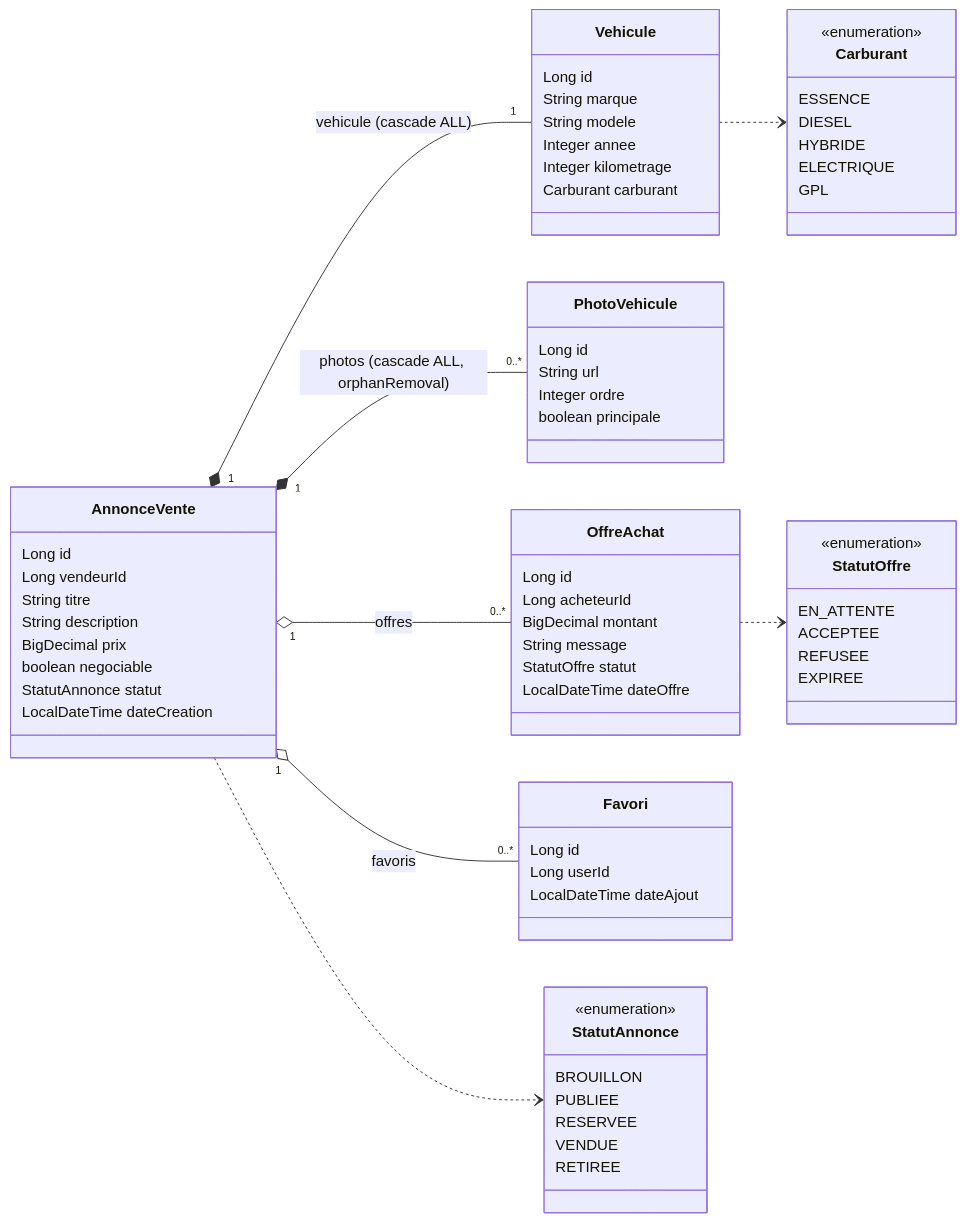
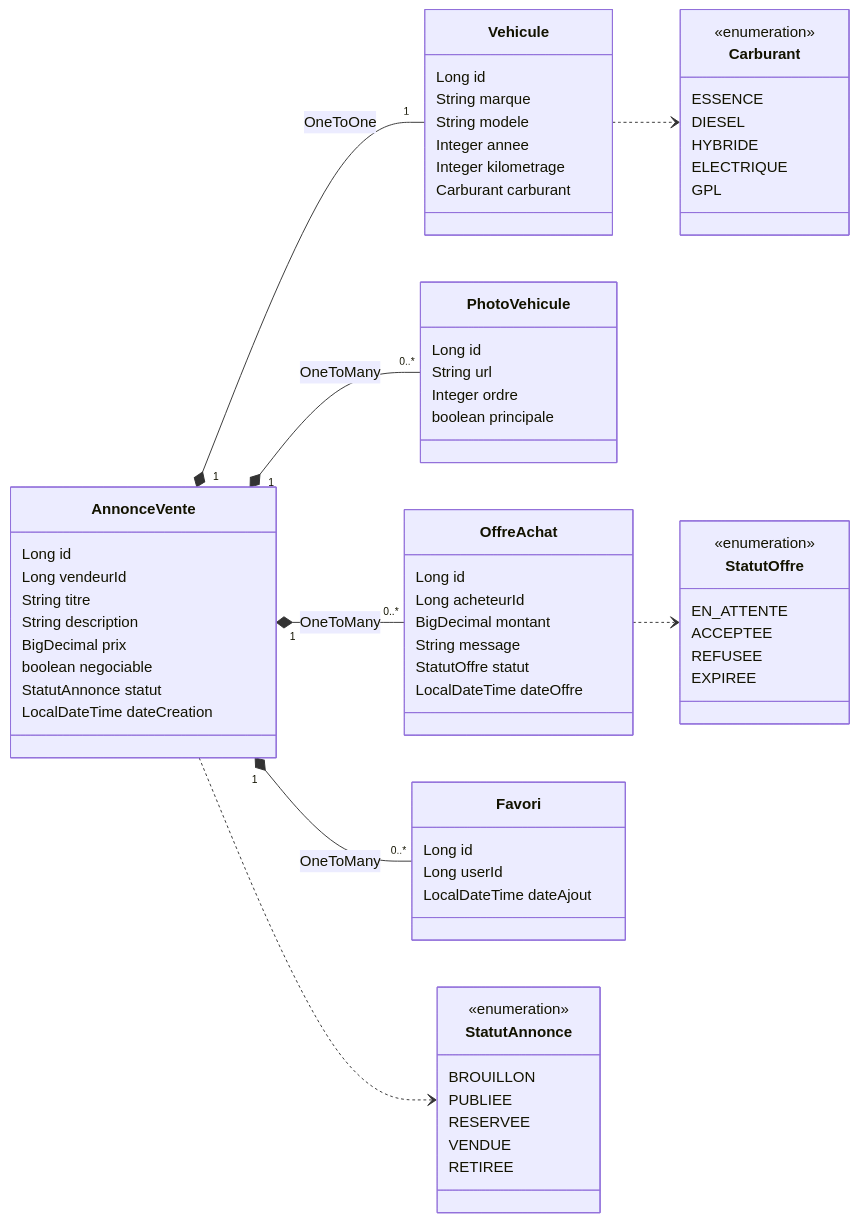
Before and after one commit to JawherBenjeddou/awd-microservices-project: the diagram in Backend/vehicle-sales-service/README.md, drawn with Mermaid. The commit also changed other lines of this file and 35 other files, not shown here.

````diff
--- a/Backend/vehicle-sales-service/README.md
+++ b/Backend/vehicle-sales-service/README.md
@@ -22,71 +29,71 @@
 ```mermaid
 classDiagram
     direction LR
     class AnnonceVente {
         Long id
         Long vendeurId
         String titre
         String description
         BigDecimal prix
         boolean negociable
         StatutAnnonce statut
         LocalDateTime dateCreation
     }
     class Vehicule {
         Long id
         String marque
         String modele
         Integer annee
         Integer kilometrage
         Carburant carburant
     }
     class PhotoVehicule {
         Long id
         String url
         Integer ordre
         boolean principale
     }
     class OffreAchat {
         Long id
         Long acheteurId
         BigDecimal montant
         String message
         StatutOffre statut
         LocalDateTime dateOffre
     }
     class Favori {
         Long id
         Long userId
         LocalDateTime dateAjout
     }
     class Carburant {
         <<enumeration>>
         ESSENCE
         DIESEL
         HYBRIDE
         ELECTRIQUE
         GPL
     }
     class StatutAnnonce {
         <<enumeration>>
         BROUILLON
         PUBLIEE
         RESERVEE
         VENDUE
         RETIREE
     }
     class StatutOffre {
         <<enumeration>>
         EN_ATTENTE
         ACCEPTEE
         REFUSEE
         EXPIREE
     }
-    AnnonceVente "1" *-- "1" Vehicule : vehicule (cascade ALL)
-    AnnonceVente "1" *-- "0..*" PhotoVehicule : photos (cascade ALL, orphanRemoval)
-    AnnonceVente "1" o-- "0..*" OffreAchat : offres
-    AnnonceVente "1" o-- "0..*" Favori : favoris
+    AnnonceVente "1" *-- "1" Vehicule : OneToOne
+    AnnonceVente "1" *-- "0..*" PhotoVehicule : OneToMany
+    AnnonceVente "1" *-- "0..*" OffreAchat : OneToMany
+    AnnonceVente "1" *-- "0..*" Favori : OneToMany
     AnnonceVente ..> StatutAnnonce
     Vehicule ..> Carburant
     OffreAchat ..> StatutOffre
 ```
````
